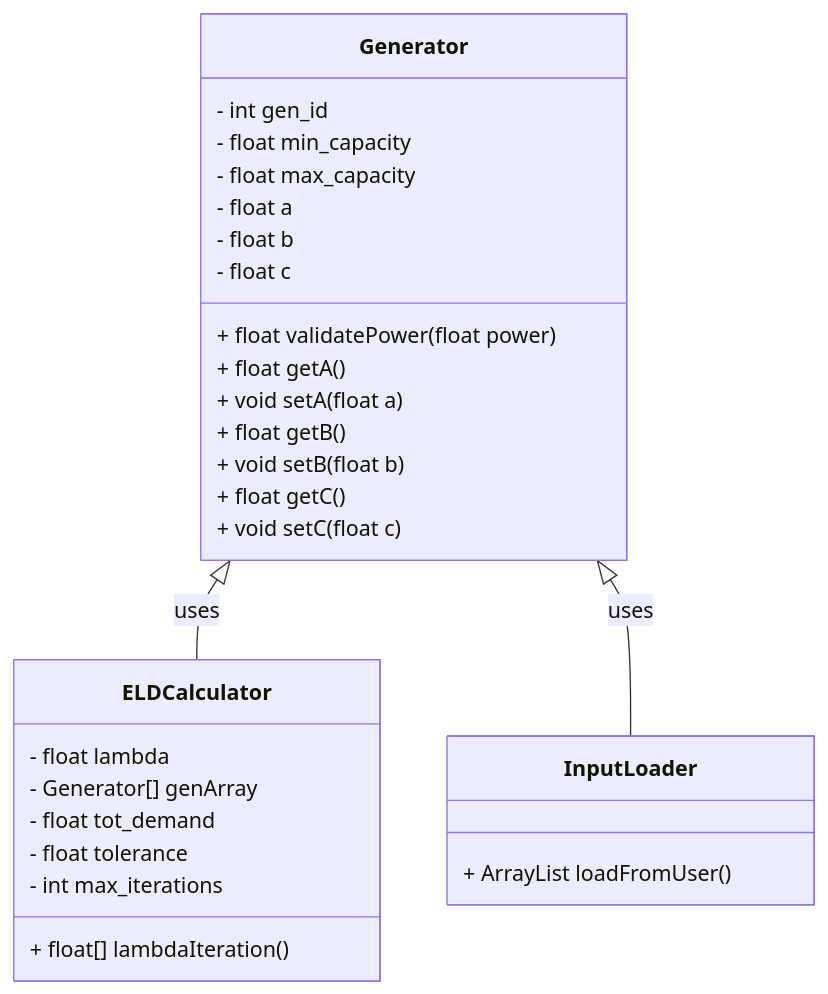
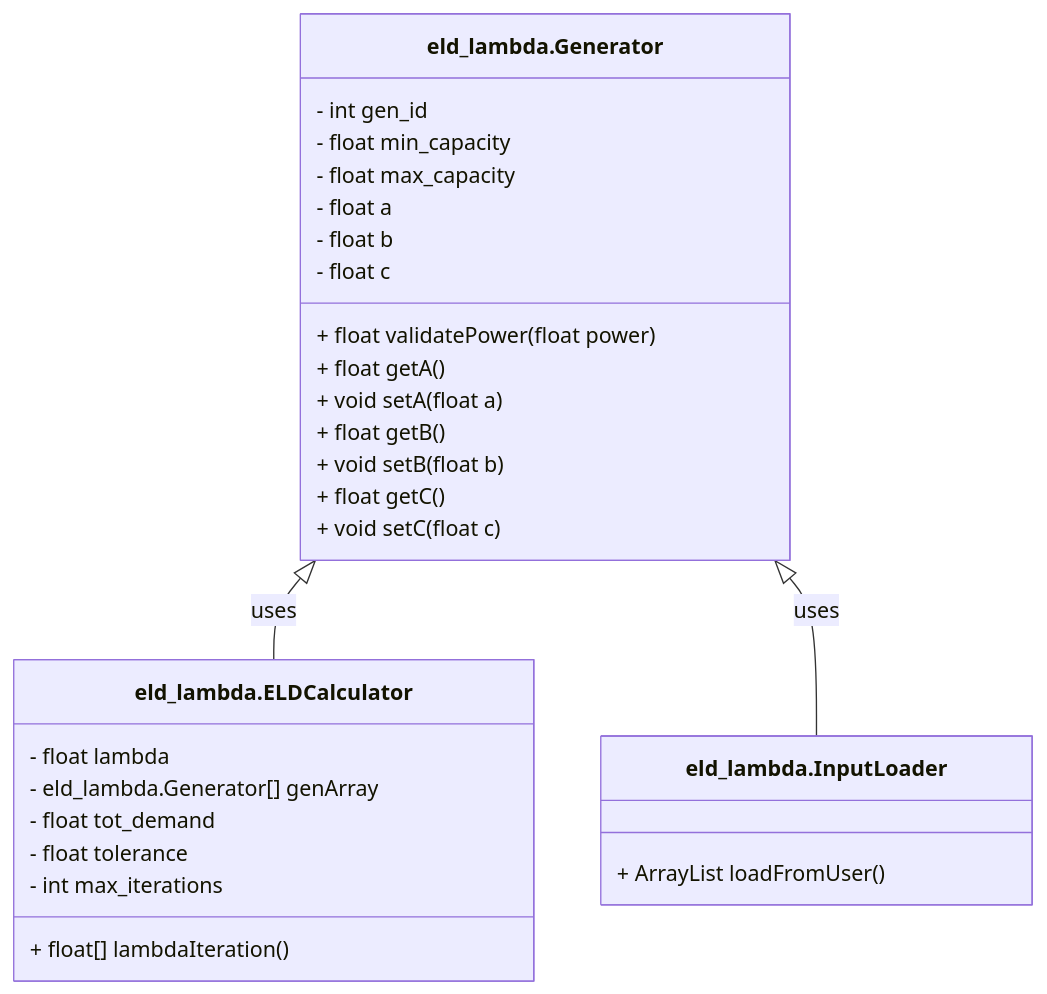
One commit to sai-power-systems/ieee18-eld-optimizer changed the diagram in README.md. Above: the diagram before and after it, drawn with Mermaid. The commit also changed 142 other files, not shown here.

````diff
--- a/README.md
+++ b/README.md
@@ -22,34 +22,34 @@
 ```mermaid
 classDiagram
-    class Generator {
+    class eld_lambda.Generator {
         - int gen_id
         - float min_capacity
         - float max_capacity
         - float a
         - float b
         - float c
         + float validatePower(float power)
         + float getA()
         + void setA(float a)
         + float getB()
         + void setB(float b)
         + float getC()
         + void setC(float c)
     }
     
-    class InputLoader{
-        + ArrayList<Generator> loadFromUser()
+    class eld_lambda.InputLoader{
+        + ArrayList<eld_lambda.Generator> loadFromUser()
     }
     
-    class ELDCalculator {
+    class eld_lambda.ELDCalculator {
         - float lambda
-        - Generator[] genArray
+        - eld_lambda.Generator[] genArray
         - float tot_demand
         - float tolerance
         - int max_iterations
         + float[] lambdaIteration()
     }
 
-    Generator <|-- ELDCalculator : uses
-    Generator <|-- InputLoader : uses
+    eld_lambda.Generator <|-- eld_lambda.ELDCalculator : uses
+    eld_lambda.Generator <|-- eld_lambda.InputLoader : uses
 ```
````
